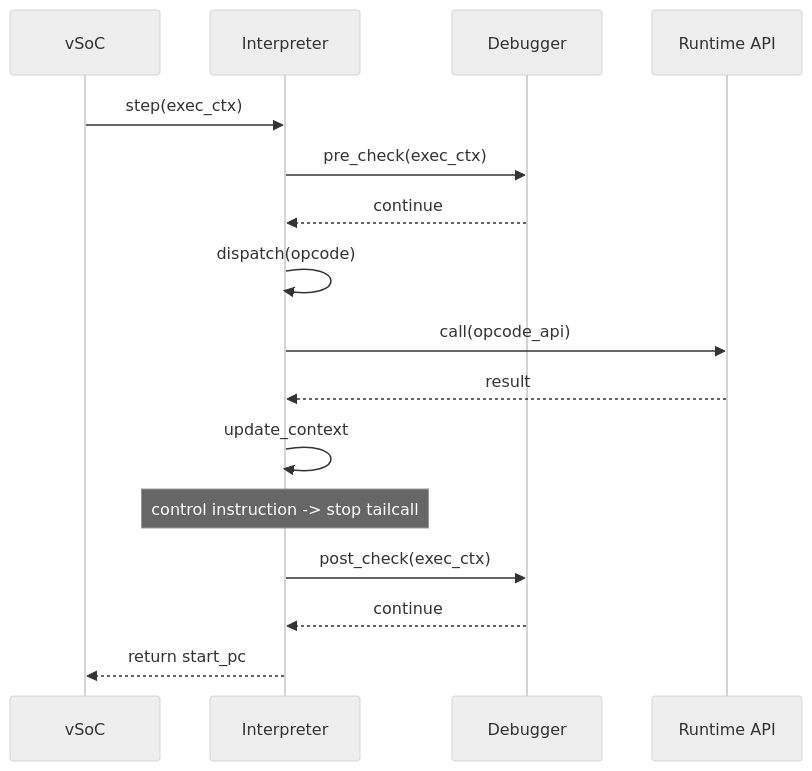
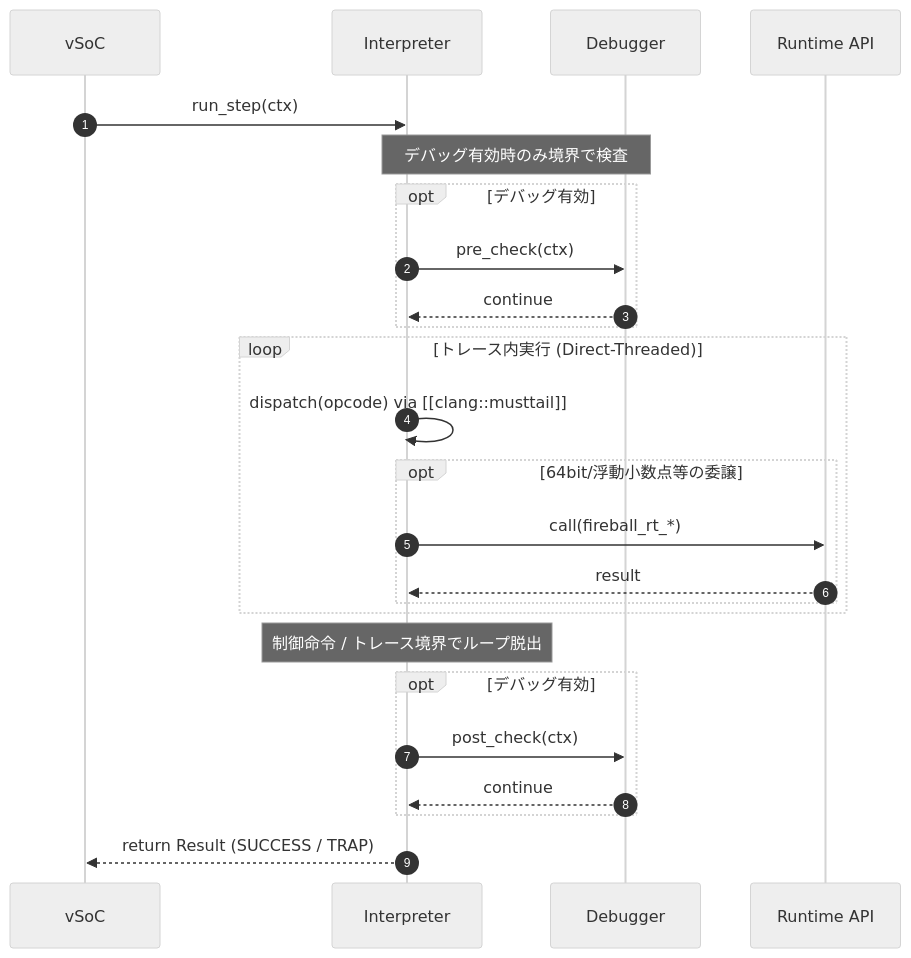
One commit to kmt-t/fireball changed the fourth of 4 diagrams in docs/components/tier2_runtime/runtime_interpreter.md. Above: the diagram before and after it, drawn with Mermaid (neutral theme). The commit also changed other lines of this file and 208 other files, not shown here.

Commit message:
Refactor project architecture and simplify implementation

````diff
--- a/docs/components/tier2_runtime/runtime_interpreter.md
+++ b/docs/components/tier2_runtime/runtime_interpreter.md
@@ -261,19 +313,28 @@
 ```mermaid
 sequenceDiagram
+    autonumber
     participant V as vSoC
     participant I as Interpreter
     participant D as Debugger
     participant R as Runtime API
 
-    V->>I: step(exec_ctx)
-    I->>D: pre_check(exec_ctx)
-    D-->>I: continue
-    I->>I: dispatch(opcode)
-    I->>R: call(opcode_api)
-    R-->>I: result
-    I->>I: update_context
-    Note over I: control instruction -> stop tailcall
-    I->>D: post_check(exec_ctx)
-    D-->>I: continue
-    I-->>V: return start_pc
+    V->>I: run_step(ctx)
+    Note over I,D: デバッグ有効時のみ境界で検査
+    opt デバッグ有効
+        I->>D: pre_check(ctx)
+        D-->>I: continue
+    end
+    loop トレース内実行 (Direct-Threaded)
+        I->>I: dispatch(opcode) via [[clang::musttail]]
+        opt 64bit/浮動小数点等の委譲
+            I->>R: call(fireball_rt_*)
+            R-->>I: result
+        end
+    end
+    Note over I: 制御命令 / トレース境界でループ脱出
+    opt デバッグ有効
+        I->>D: post_check(ctx)
+        D-->>I: continue
+    end
+    I-->>V: return Result (SUCCESS / TRAP)
 ```
````
